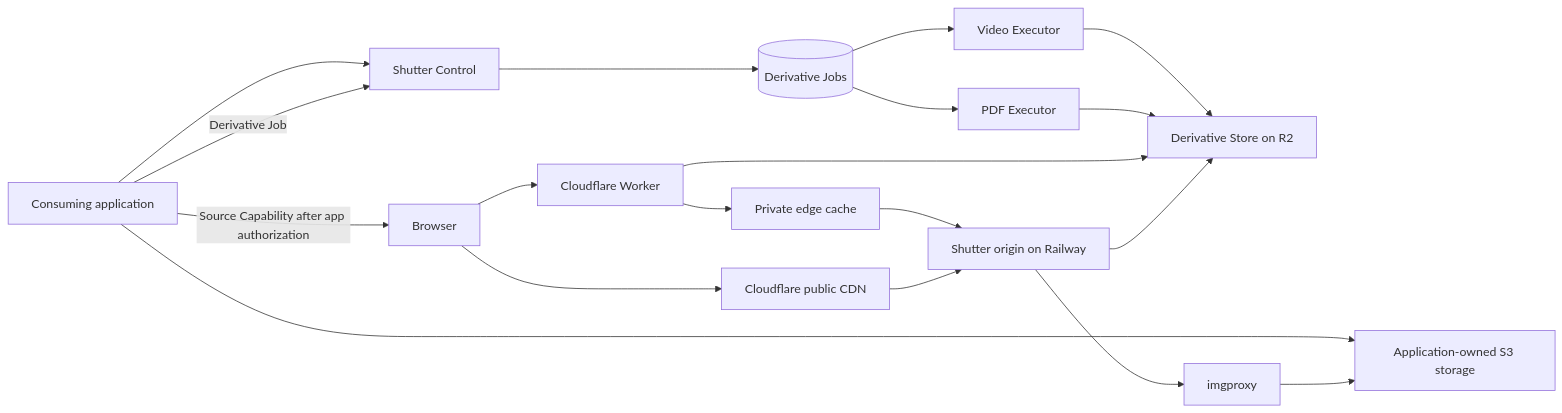
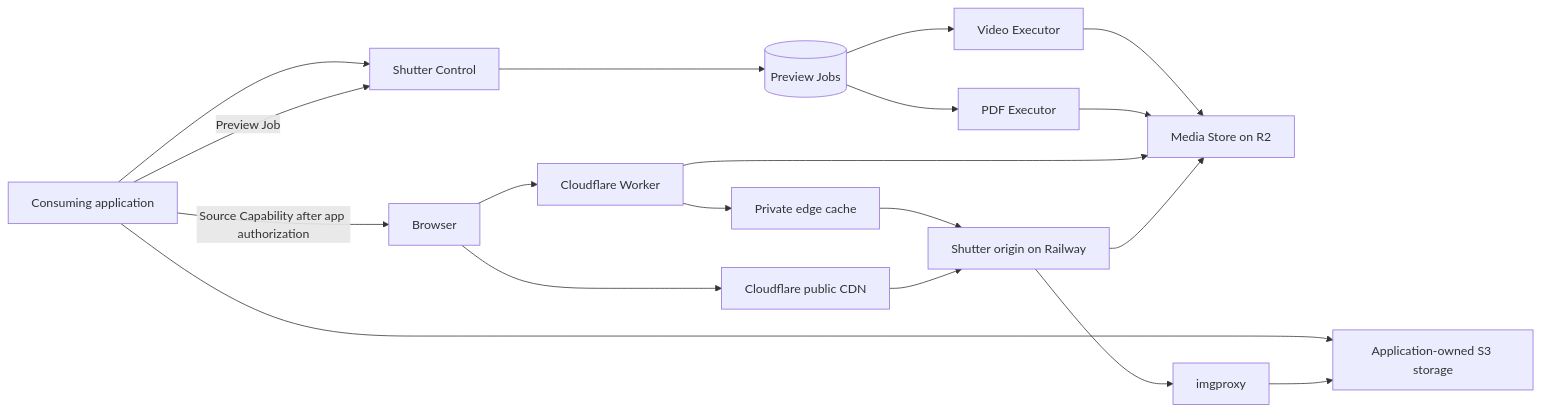
Before and after one commit to Traydr/shutter: the diagram in README.md, drawn with Mermaid. The commit also changed other lines of this file and 63 other files, not shown here.

First line of the commit message:
Replace the Derivative umbrella with concrete media terms

````diff
--- a/README.md
+++ b/README.md
@@ -151,20 +152,20 @@
 ```mermaid
 flowchart LR
   app["Consuming application"] --> control["Shutter Control"]
   app --> source["Application-owned S3 storage"]
-  app -->|"Derivative Job"| control
-  control --> jobs[("Derivative Jobs")]
+  app -->|"Preview Job"| control
+  control --> jobs[("Preview Jobs")]
   jobs --> video["Video Executor"]
   jobs --> pdf["PDF Executor"]
-  video --> derived["Derivative Store on R2"]
+  video --> derived["Media Store on R2"]
   pdf --> derived
   browser["Browser"] --> worker["Cloudflare Worker"]
   worker --> privateCache["Private edge cache"]
   browser --> publicCache["Cloudflare public CDN"]
   privateCache --> origin["Shutter origin on Railway"]
   publicCache --> origin
   origin --> image["imgproxy"] --> source
   worker --> derived
   origin --> derived
   app -->|"Source Capability after app authorization"| browser
 ```
````
